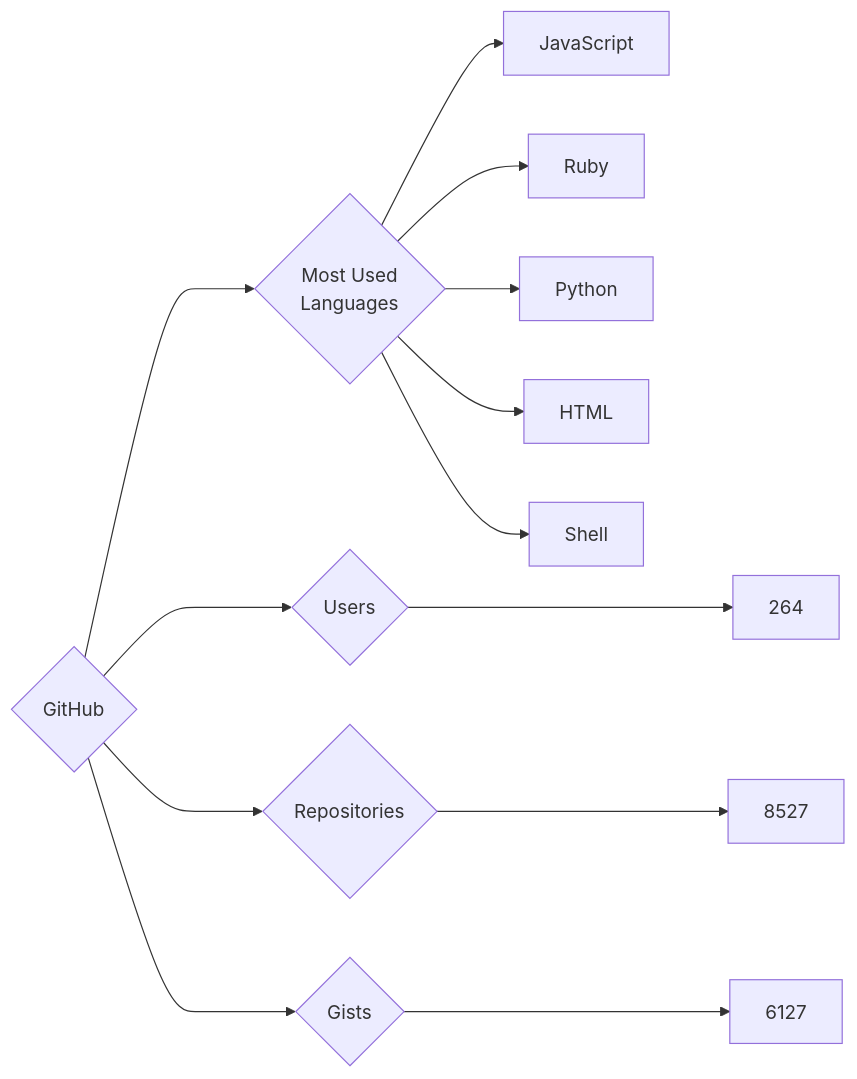
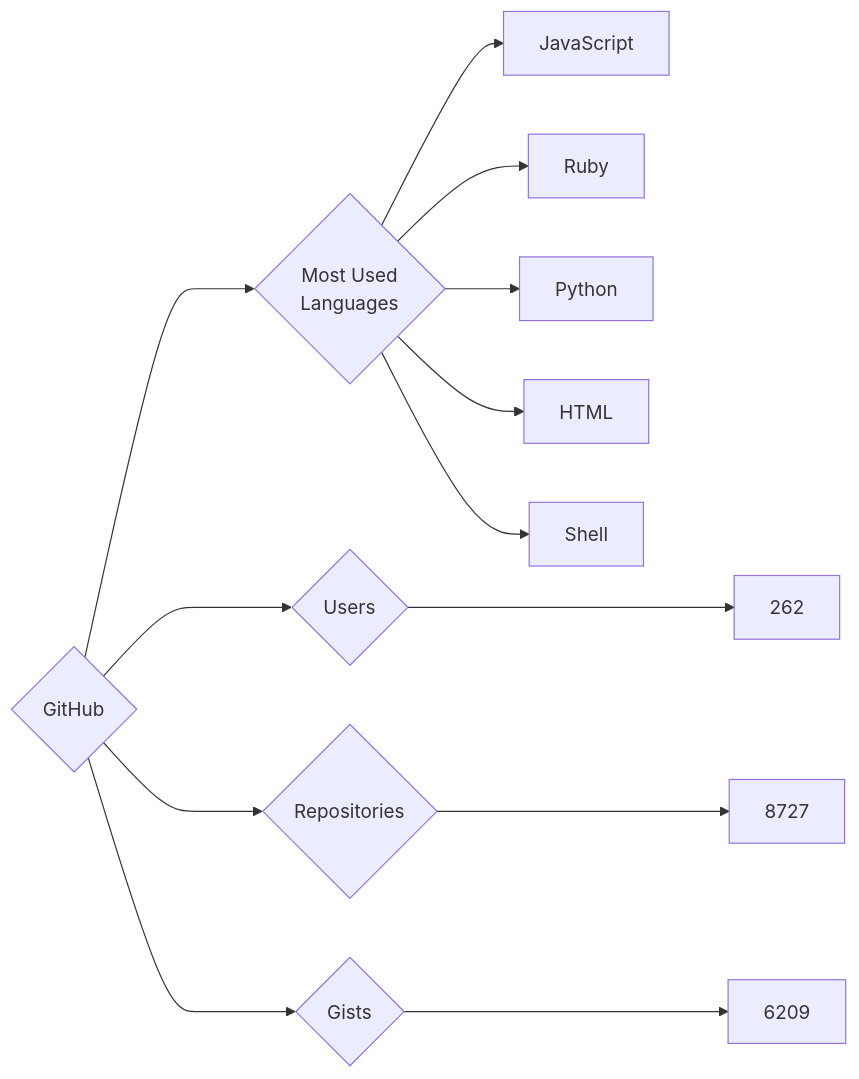
One commit to trickest/insiders changed the diagram in targets/GitHub/README.md. Above: the diagram before and after it, drawn with Mermaid. The commit also changed 814 other files, not shown here.

````diff
--- a/targets/GitHub/README.md
+++ b/targets/GitHub/README.md
@@ -3,13 +3,13 @@
 ```mermaid
 graph LR
 COMPANY_NAME{GitHub}
-COMPANY_NAME ---> U{Users} ---> UN[264]
-COMPANY_NAME ---> R{Repositories} ---> RN[8527]
-COMPANY_NAME ---> G{Gists} ---> GN[6127]
+COMPANY_NAME ---> U{Users} ---> UN[262]
+COMPANY_NAME ---> R{Repositories} ---> RN[8727]
+COMPANY_NAME ---> G{Gists} ---> GN[6209]
 COMPANY_NAME ---> ML{Most Used<br>Languages}
 ML --> JavaScript[JavaScript]
 ML --> Ruby[Ruby]
 ML --> Python[Python]
 ML --> HTML[HTML]
 ML --> Shell[Shell]
 ```
````
